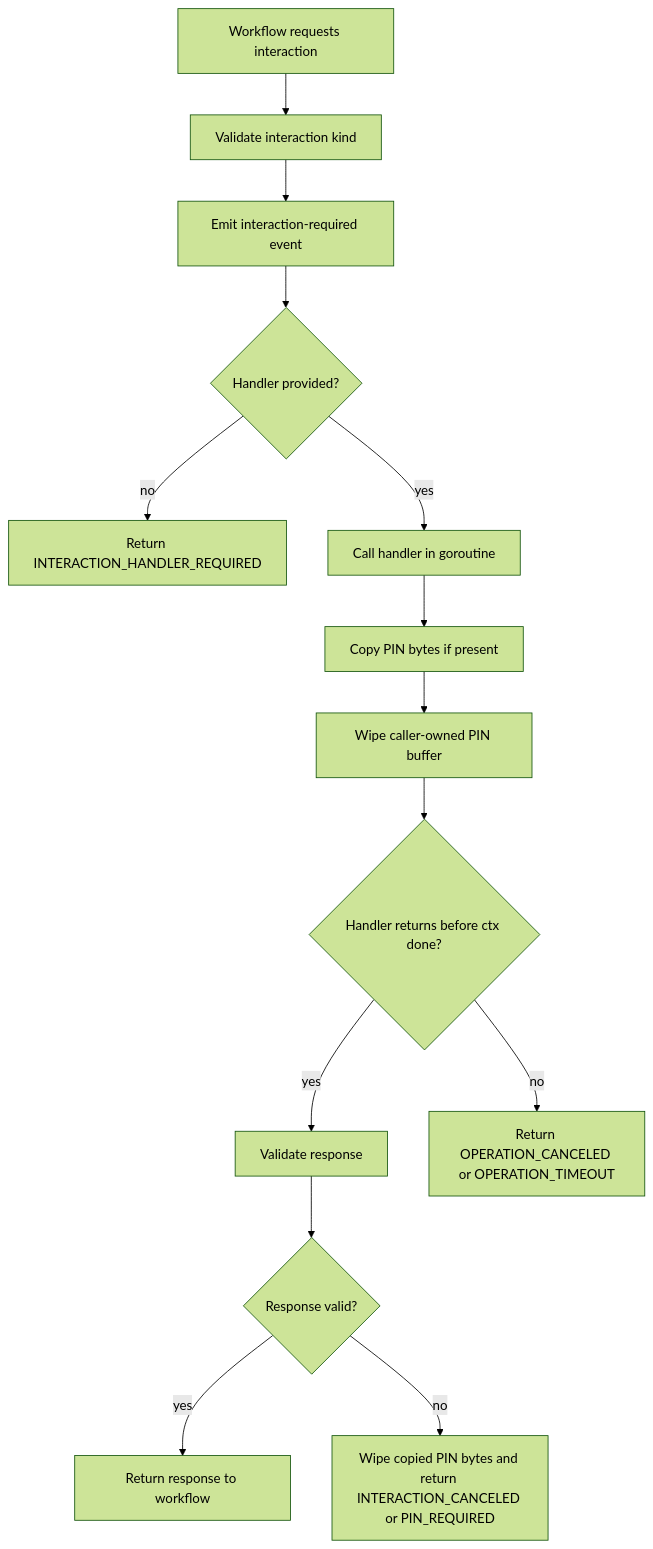
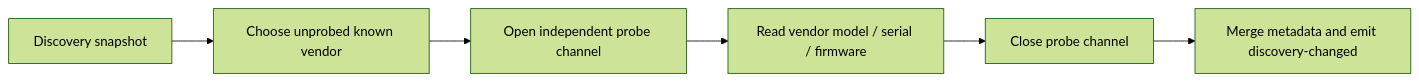
One commit to go-ctap/kit changed the fourth of 4 diagrams in docs/current-runtime-flows.md. Above: the diagram before and after it, drawn with Mermaid (forest theme). The commit also changed other lines of this file and 75 other files, not shown here.

````diff
--- a/docs/current-runtime-flows.md
+++ b/docs/current-runtime-flows.md
@@ -133,16 +118,8 @@
 ```mermaid
-flowchart TD
-  A["Workflow requests interaction"] --> B["Validate interaction kind"]
-  B --> C["Emit interaction-required event"]
-  C --> D{"Handler provided?"}
-  D -->|no| X["Return INTERACTION_HANDLER_REQUIRED"]
-  D -->|yes| E["Call handler in goroutine"]
-  E --> F["Copy PIN bytes if present"]
-  F --> G["Wipe caller-owned PIN buffer"]
-  G --> H{"Handler returns before ctx done?"}
-  H -->|yes| I["Validate response"]
-  H -->|no| Y["Return OPERATION_CANCELED or OPERATION_TIMEOUT"]
-  I --> J{"Response valid?"}
-  J -->|yes| K["Return response to workflow"]
-  J -->|no| L["Wipe copied PIN bytes and return INTERACTION_CANCELED or PIN_REQUIRED"]
+flowchart LR
+  A["Discovery snapshot"] --> B["Choose unprobed known vendor"]
+  B --> C["Open independent probe channel"]
+  C --> D["Read vendor model / serial / firmware"]
+  D --> E["Close probe channel"]
+  E --> F["Merge metadata and emit discovery-changed"]
 ```
````
